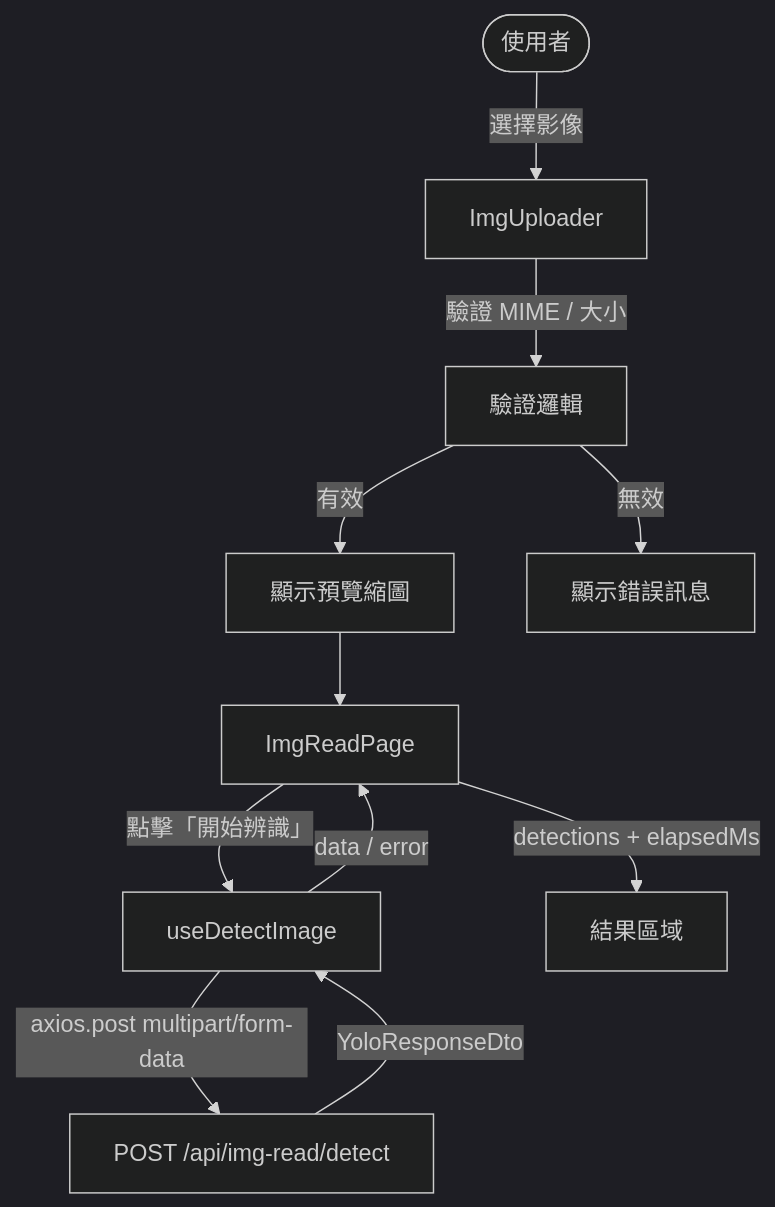
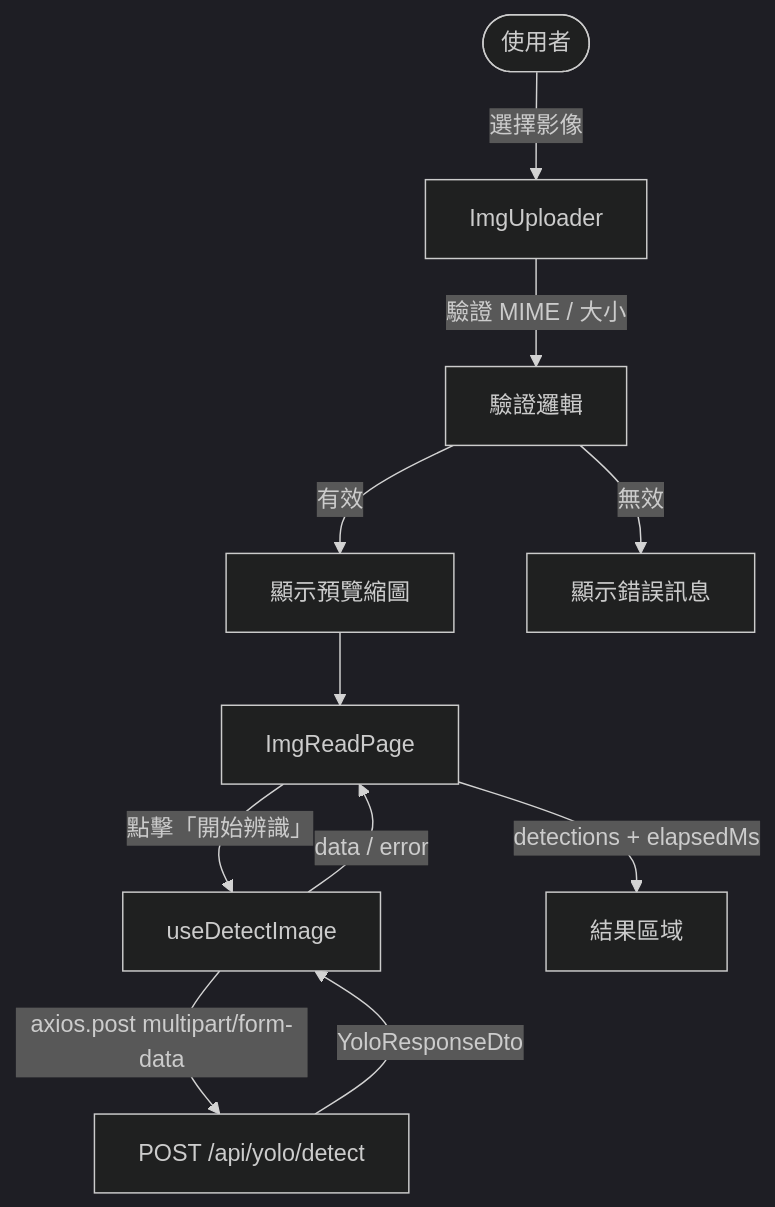
One commit to LemonLemonOrange/FaSystem changed the diagram in fa_site/.kiro/specs/img-read/design.md. Above: the diagram before and after it, drawn with Mermaid (dark theme). The commit also changed other lines of this file and 12 other files, not shown here.

First line of the commit message:
更新 YOLO API 路徑並新增影像辨識功能模組

````diff
--- a/fa_site/.kiro/specs/img-read/design.md
+++ b/fa_site/.kiro/specs/img-read/design.md
@@ -19,13 +19,13 @@
 ```mermaid
 flowchart TD
     User([使用者]) -->|選擇影像| ImgUploader
     ImgUploader -->|驗證 MIME / 大小| Validation[驗證邏輯]
     Validation -->|有效| Preview[顯示預覽縮圖]
     Validation -->|無效| ErrorMsg[顯示錯誤訊息]
     Preview --> ImgReadPage
     ImgReadPage -->|點擊「開始辨識」| useDetectImage
-    useDetectImage -->|axios.post multipart/form-data| YOLO_API[POST /api/img-read/detect]
+    useDetectImage -->|axios.post multipart/form-data| YOLO_API[POST /api/yolo/detect]
     YOLO_API -->|YoloResponseDto| useDetectImage
     useDetectImage -->|data / error| ImgReadPage
     ImgReadPage -->|detections + elapsedMs| ResultSection[結果區域]
 ```
````
